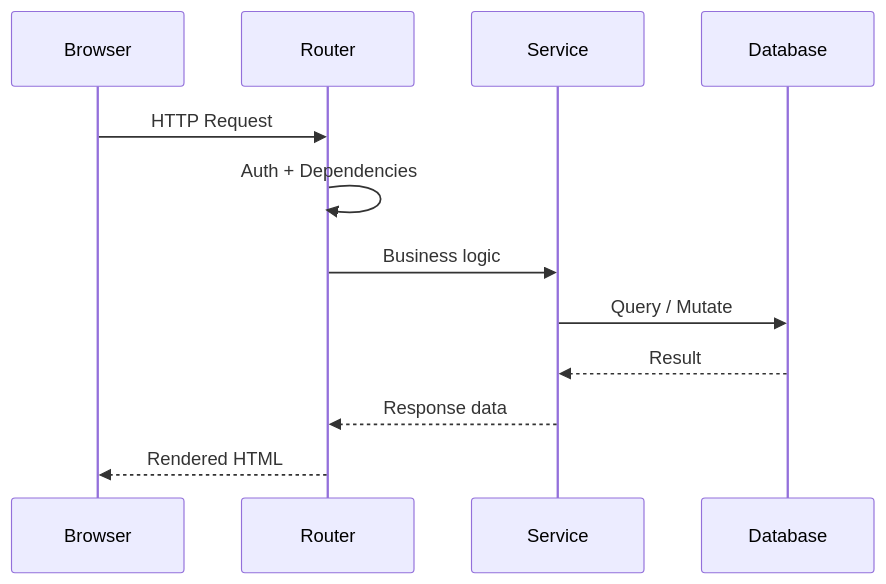
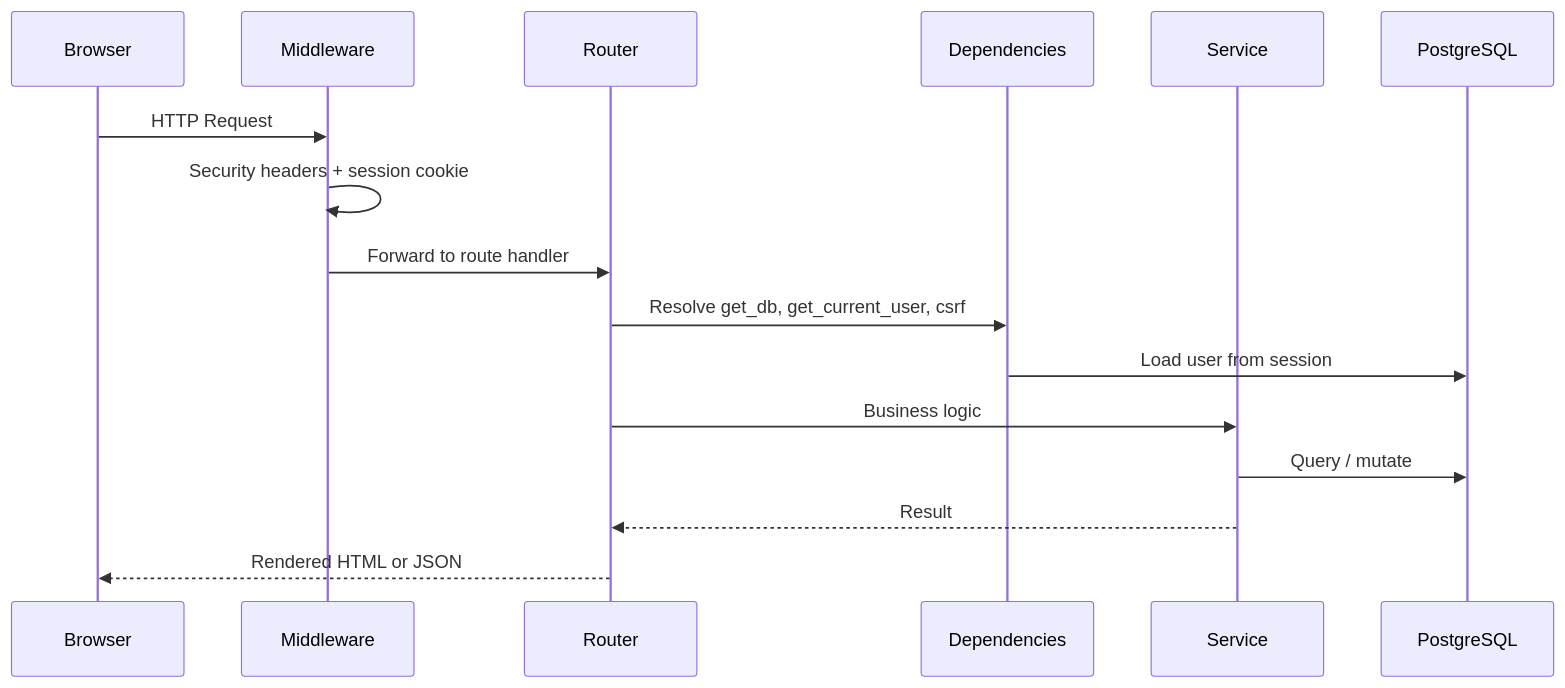
The third of 18 diagrams in TechTrek_Documentation.qmd (amal-sajeev/techtrek), drawn with Mermaid before and after one commit. The commit also changed other lines of this file and 39 other files, not shown here.

````diff
--- a/TechTrek_Documentation.qmd
+++ b/TechTrek_Documentation.qmd
@@ -82,15 +129,21 @@
 ```{mermaid}
+%%| fig-width: 6.3
+%%| fig-height: 2.5
 sequenceDiagram
     participant B as Browser
+    participant M as Middleware
     participant R as Router
+    participant D as Dependencies
     participant S as Service
-    participant DB as Database
+    participant DB as PostgreSQL
 
-    B->>R: HTTP Request
-    R->>R: Auth + Dependencies
+    B->>M: HTTP Request
+    M->>M: Security headers + session cookie
+    M->>R: Forward to route handler
+    R->>D: Resolve get_db, get_current_user, csrf
+    D->>DB: Load user from session
     R->>S: Business logic
-    S->>DB: Query / Mutate
-    DB-->>S: Result
-    S-->>R: Response data
-    R-->>B: Rendered HTML
+    S->>DB: Query / mutate
+    S-->>R: Result
+    R-->>B: Rendered HTML or JSON
 ```
````
